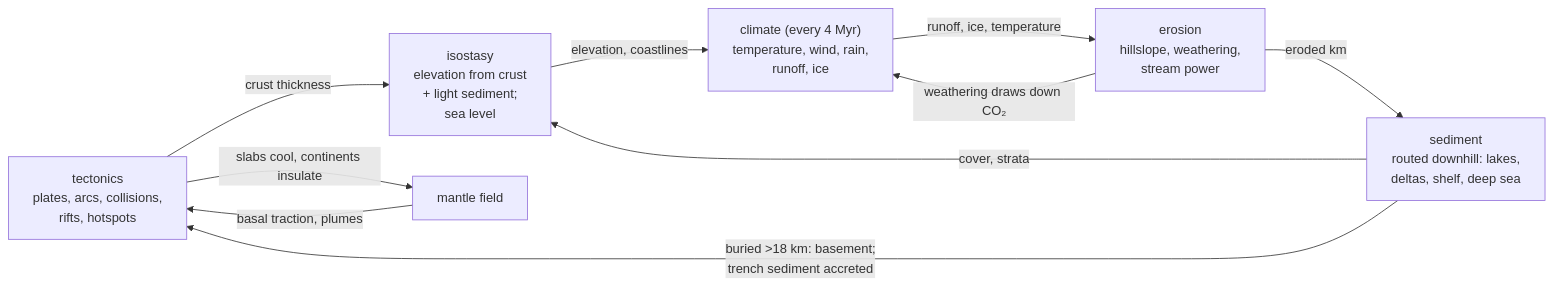
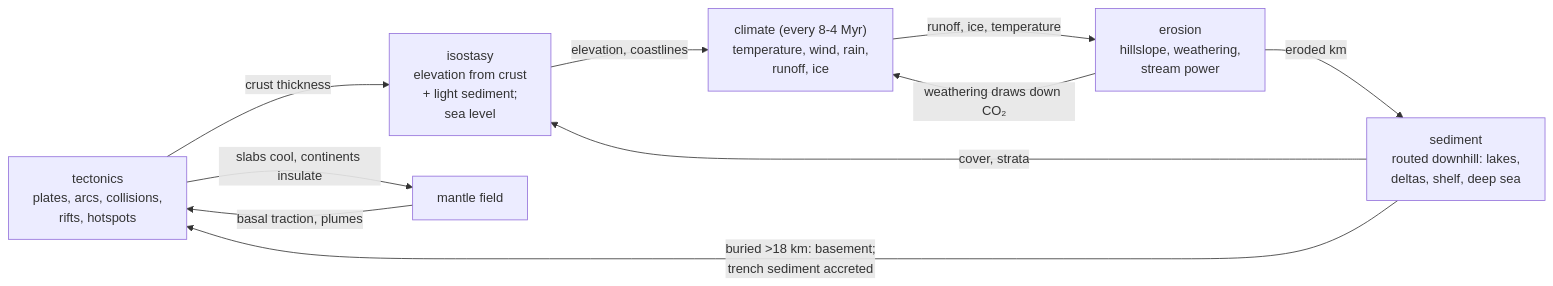
Before and after one commit to engma-linguistics/procedural-world-generation: the second of 2 diagrams in docs/overview.md, drawn with Mermaid. The commit also changed other lines of this file and 11 other files, not shown here.

First line of the commit message:
Climate ramp 8/4 Myr (arm C) as the default after the paired judge; docs and handoff (PW-247)

````diff
--- a/docs/overview.md
+++ b/docs/overview.md
@@ -133,11 +133,11 @@
 ```mermaid
 flowchart LR
   T["tectonics<br/>plates, arcs, collisions,<br/>rifts, hotspots"] -->|crust thickness| I["isostasy<br/>elevation from crust<br/>+ light sediment;<br/>sea level"]
-  I -->|"elevation, coastlines"| C["climate (every 4 Myr)<br/>temperature, wind, rain,<br/>runoff, ice"]
+  I -->|"elevation, coastlines"| C["climate (every 8-4 Myr)<br/>temperature, wind, rain,<br/>runoff, ice"]
   C -->|"runoff, ice, temperature"| E["erosion<br/>hillslope, weathering,<br/>stream power"]
   E -->|"eroded km"| D["sediment<br/>routed downhill: lakes,<br/>deltas, shelf, deep sea"]
   D -->|"cover, strata"| I
   E -->|"weathering draws down CO₂"| C
   D -->|"buried >18 km: basement;<br/>trench sediment accreted"| T
   T -->|"slabs cool, continents insulate"| M["mantle field"] -->|basal traction, plumes| T
 ```
````
